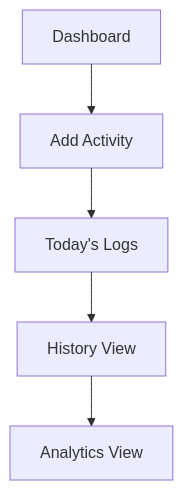
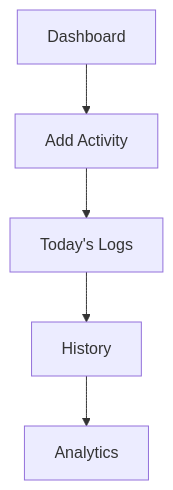
Before and after one commit to abhijeet-hudda/Focus-and-Habit-Tracker: the third of 5 diagrams in README.md, drawn with Mermaid. The commit also changed other lines of this file, not shown here.

Commit message:
add wireframe and flowcharts

````diff
--- a/README.md
+++ b/README.md
@@ -78,7 +78,7 @@
 ```mermaid
 flowchart TD
-	DA[Dashboard] --> AA[Add Activity]
-	AA --> TL[Today's Logs]
-	TL --> H[History View]
-	H --> A[Analytics View]
+		DA[Dashboard] --> AA[Add Activity]
+		AA --> TL[Today's Logs]
+		TL --> H[History]
+		H --> A[Analytics]
 ```
````
